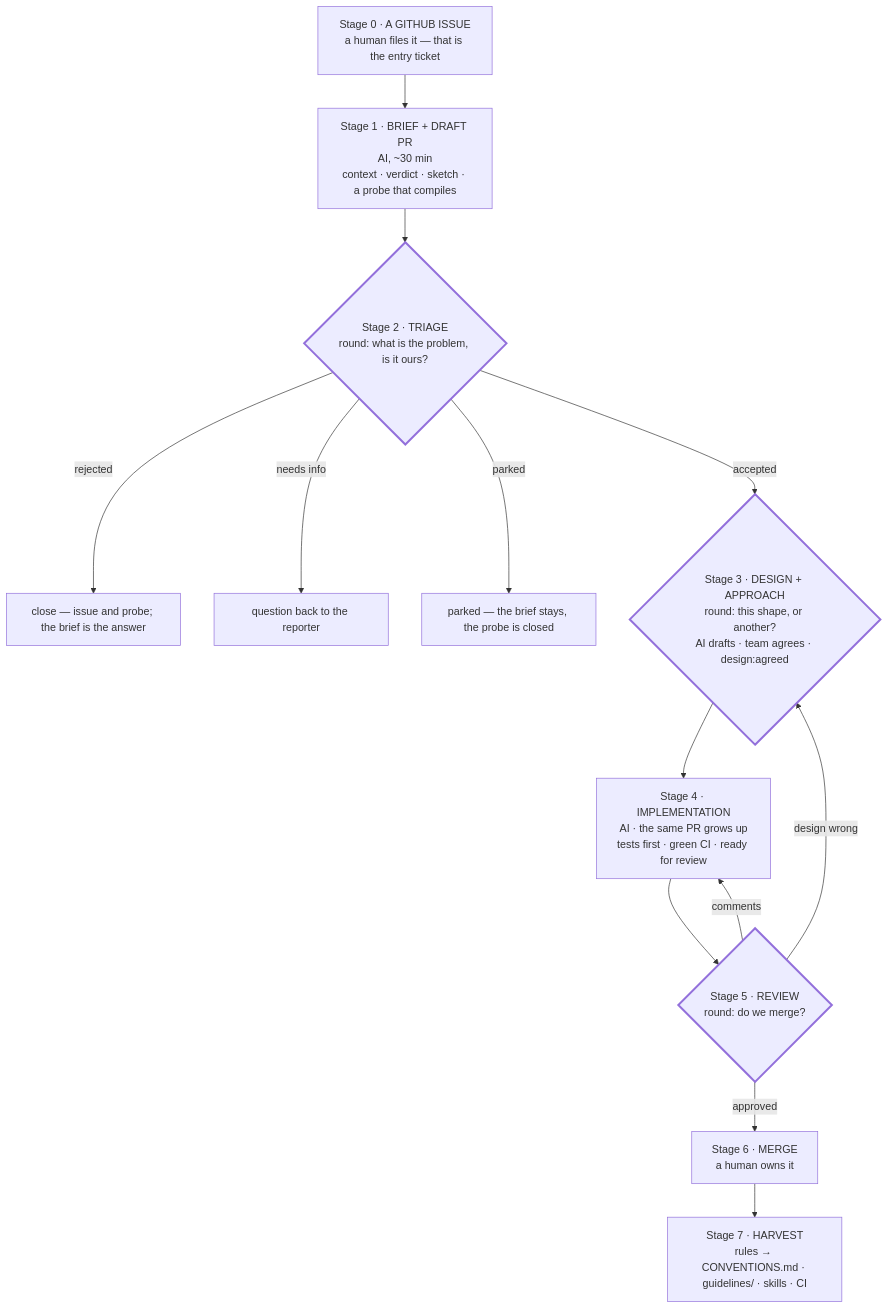
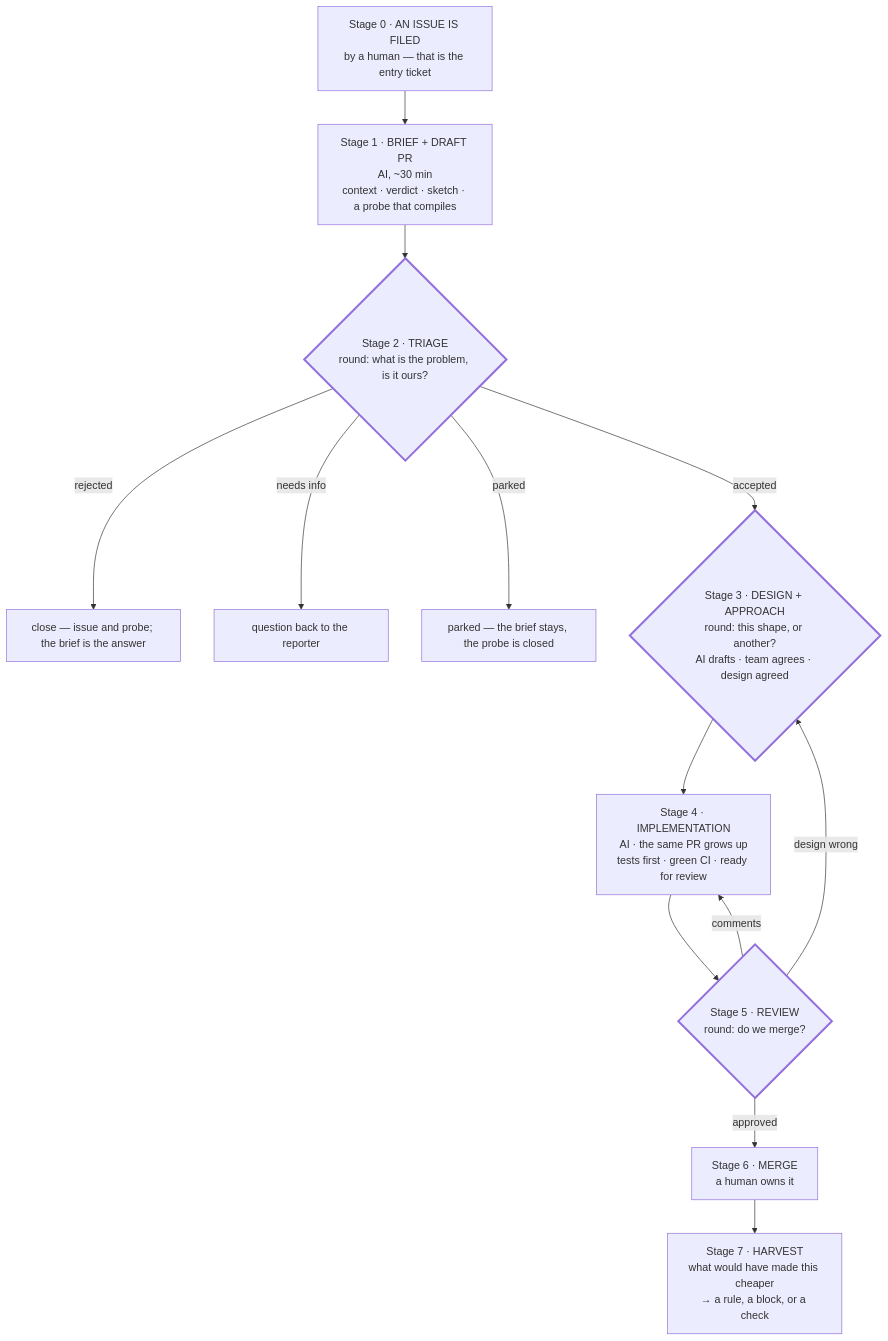
One commit to vaadin/flow changed the diagram in AI_WORKFLOW.md. Above: the diagram before and after it, drawn with Mermaid. The commit also changed other lines of this file, not shown here.

````diff
--- a/AI_WORKFLOW.md
+++ b/AI_WORKFLOW.md
@@ -293,26 +282,26 @@
 ```mermaid
 flowchart TD
-    S0["Stage 0 · A GITHUB ISSUE<br/>a human files it — that is the entry ticket"]
+    S0["Stage 0 · AN ISSUE IS FILED<br/>by a human — that is the entry ticket"]
     S1["Stage 1 · BRIEF + DRAFT PR<br/>AI, ~30 min<br/>context · verdict · sketch · a probe that compiles"]
     S2{"Stage 2 · TRIAGE<br/>round: what is the problem, is it ours?"}
     RJ["close — issue and probe; the brief is the answer"]
     NI["question back to the reporter"]
     PK["parked — the brief stays, the probe is closed"]
-    S3{"Stage 3 · DESIGN + APPROACH<br/>round: this shape, or another?<br/>AI drafts · team agrees · design:agreed"}
+    S3{"Stage 3 · DESIGN + APPROACH<br/>round: this shape, or another?<br/>AI drafts · team agrees · design agreed"}
     S4["Stage 4 · IMPLEMENTATION<br/>AI · the same PR grows up<br/>tests first · green CI · ready for review"]
     S5{"Stage 5 · REVIEW<br/>round: do we merge?"}
     S6["Stage 6 · MERGE<br/>a human owns it"]
-    S7["Stage 7 · HARVEST<br/>rules → CONVENTIONS.md · guidelines/ · skills · CI"]
+    S7["Stage 7 · HARVEST<br/>what would have made this cheaper<br/>→ a rule, a block, or a check"]
 
     S0 --> S1 --> S2
     S2 -- rejected --> RJ
     S2 -- needs info --> NI
     S2 -- parked --> PK
     S2 -- accepted --> S3 --> S4 --> S5
     S5 -- comments --> S4
     S5 -- design wrong --> S3
     S5 -- approved --> S6 --> S7
 
     classDef round stroke-width:3px;
     class S2,S3,S5 round;
 ```
````
